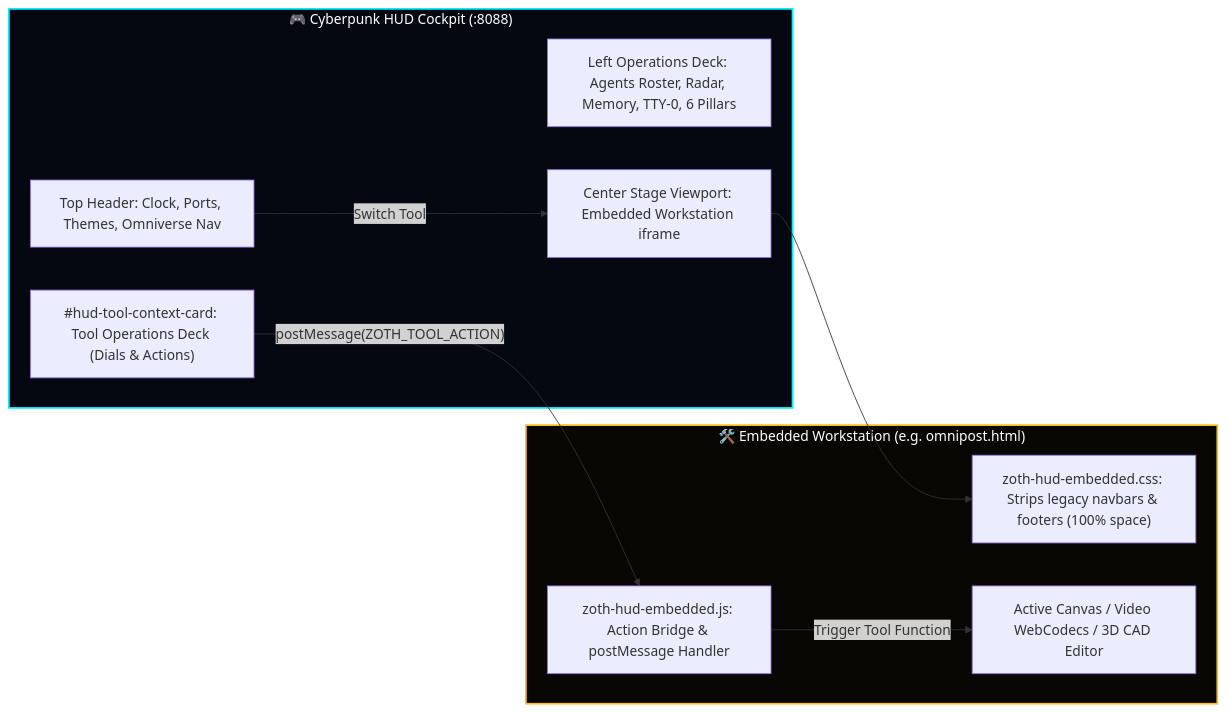
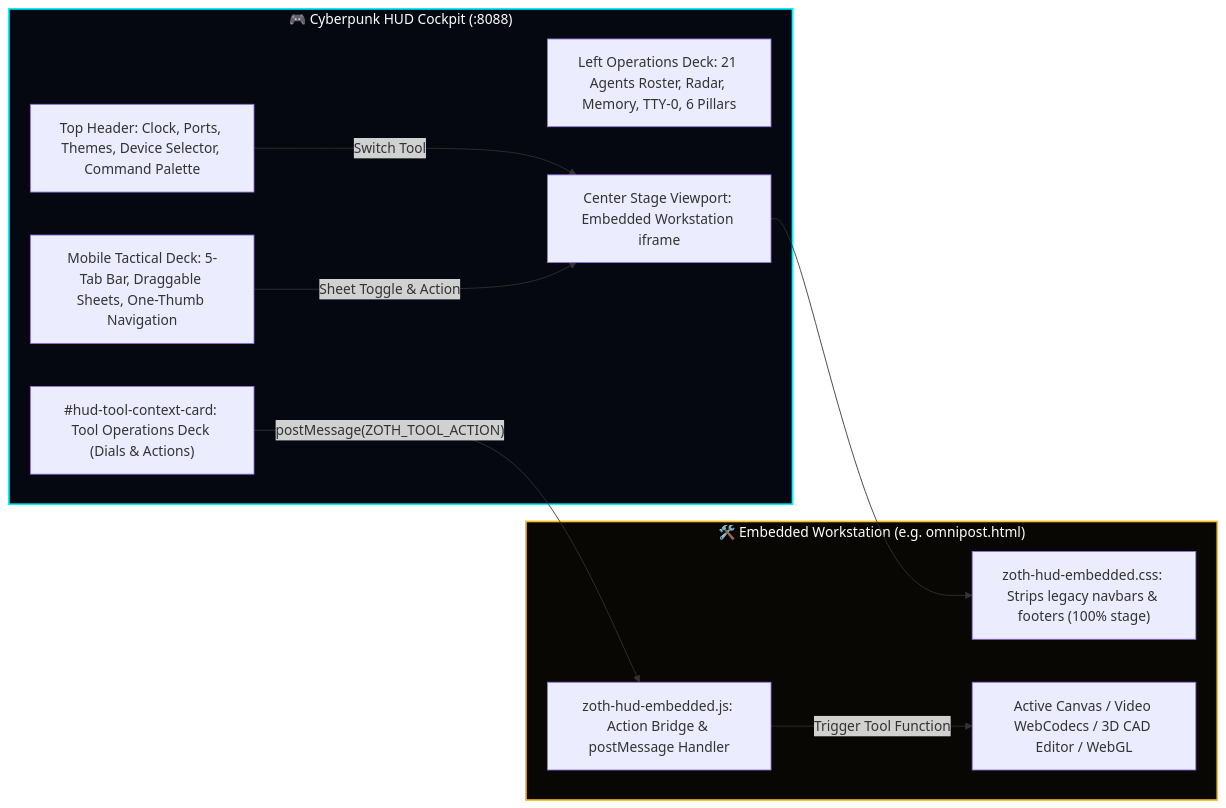
One commit to 1nc0gn30/zoth-studiov3 changed the diagram in README.md. Above: the diagram before and after it, drawn with Mermaid. The commit also changed other lines of this file and 7 other files, not shown here.

Commit message:
docs: harden and elevate Zoth Studio READMEs and documentation across core, hub, HUD, and workstations

````diff
--- a/README.md
+++ b/README.md
@@ -60,23 +61,25 @@
 ```mermaid
 flowchart LR
     subgraph HUD["🎮 Cyberpunk HUD Cockpit (:8088)"]
-        A["Top Header: Clock, Ports, Themes, Omniverse Nav"]
-        B["Left Operations Deck: Agents Roster, Radar, Memory, TTY-0, 6 Pillars"]
+        A["Top Header: Clock, Ports, Themes, Device Selector, Command Palette"]
+        B["Left Operations Deck: 21 Agents Roster, Radar, Memory, TTY-0, 6 Pillars"]
         C["#hud-tool-context-card: Tool Operations Deck (Dials & Actions)"]
         D["Center Stage Viewport: Embedded Workstation iframe"]
+        M["Mobile Tactical Deck: 5-Tab Bar, Draggable Sheets, One-Thumb Navigation"]
     end
 
     subgraph WORKSTATION["🛠️ Embedded Workstation (e.g. omnipost.html)"]
-        E["zoth-hud-embedded.css: Strips legacy navbars & footers (100% space)"]
+        E["zoth-hud-embedded.css: Strips legacy navbars & footers (100% stage)"]
         F["zoth-hud-embedded.js: Action Bridge & postMessage Handler"]
-        G["Active Canvas / Video WebCodecs / 3D CAD Editor"]
+        G["Active Canvas / Video WebCodecs / 3D CAD Editor / WebGL"]
     end
 
     C -->|"postMessage(ZOTH_TOOL_ACTION)"| F
     F -->|"Trigger Tool Function"| G
     A -->|"Switch Tool"| D
     D --> E
+    M -->|"Sheet Toggle & Action"| D
 
     style HUD fill:#050811,stroke:#00f0ff,stroke-width:2px,color:#fff
     style WORKSTATION fill:#090703,stroke:#fbbf24,stroke-width:2px,color:#fff
 ```
````
